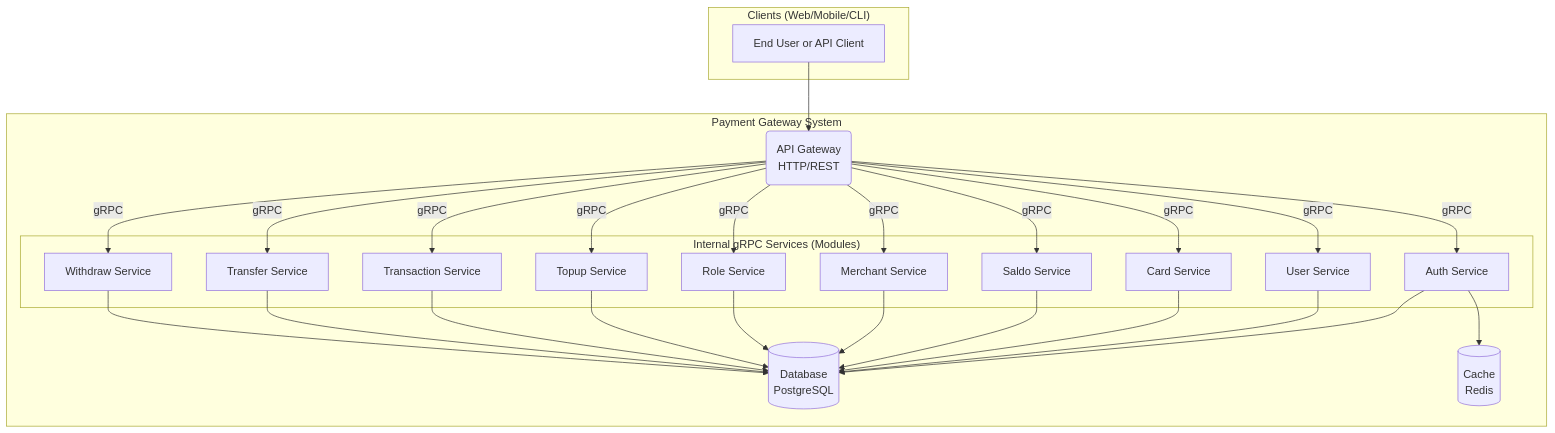
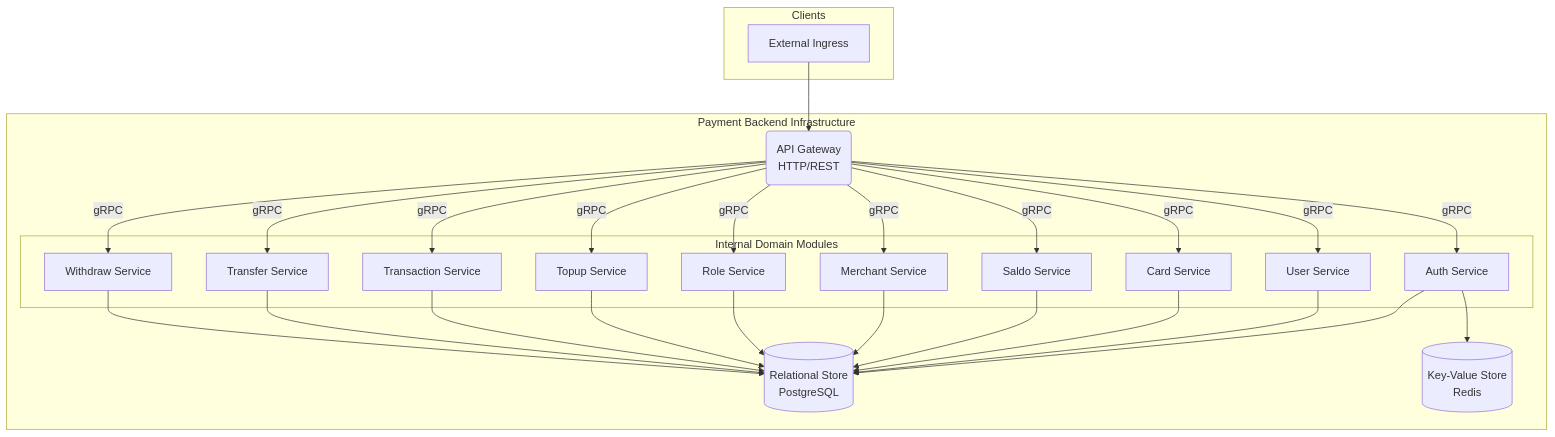
One commit to MamangRust/example-payment-gateway-sqlx changed the diagram in backend/README.md. Above: the diagram before and after it, drawn with Mermaid. The commit also changed other lines of this file and 3 other files, not shown here.

Commit message:
docs: overhaul project documentation and update infrastructure configuration for the payment gateway reference implementation

````diff
--- a/backend/README.md
+++ b/backend/README.md
@@ -32,50 +59,50 @@
 ```mermaid
 graph TD
-    subgraph "Clients (Web/Mobile/CLI)"
-        A[End User or API Client]
+    subgraph "Clients"
+        A[External Ingress]
     end
 
-    subgraph "Payment Gateway System"
+    subgraph "Payment Backend Infrastructure"
         B(API Gateway <br> HTTP/REST)
 
-        subgraph "Internal gRPC Services (Modules)"
+        subgraph "Internal Domain Modules"
             C[Auth Service]
             D[User Service]
             E[Card Service]
             F[Saldo Service]
             G[Merchant Service]
             H[Role Service]
             I[Topup Service]
             J[Transaction Service]
             K[Transfer Service]
             L[Withdraw Service]
         end
 
-        M[(Database <br> PostgreSQL)]
-        N[(Cache <br> Redis)]
+        M[(Relational Store <br> PostgreSQL)]
+        N[(Key-Value Store <br> Redis)]
     end
 
     A --> B
 
     B -- gRPC --> C
     B -- gRPC --> D
     B -- gRPC --> E
     B -- gRPC --> F
     B -- gRPC --> G
     B -- gRPC --> H
     B -- gRPC --> I
     B -- gRPC --> J
     B -- gRPC --> K
     B -- gRPC --> L
 
     C --> M & N
     D --> M
     E --> M
     F --> M
     G --> M
     H --> M
     I --> M
     J --> M
     K --> M
     L --> M
 ```
````
